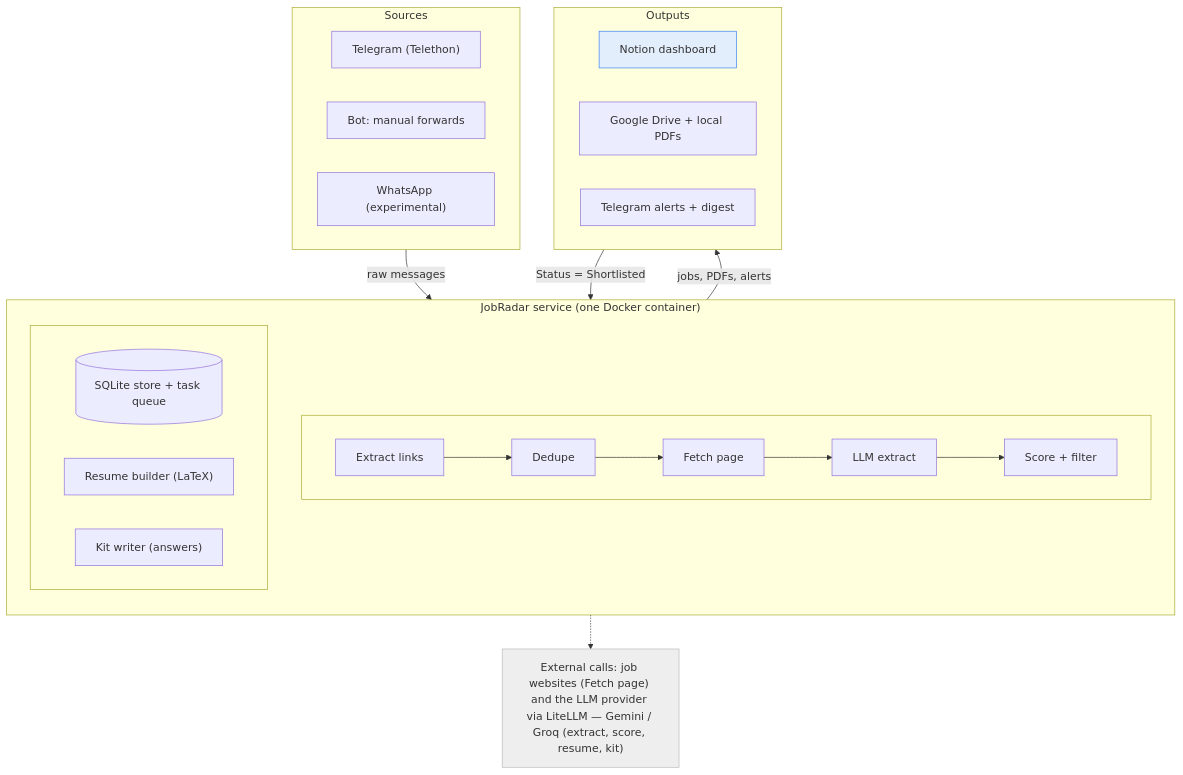
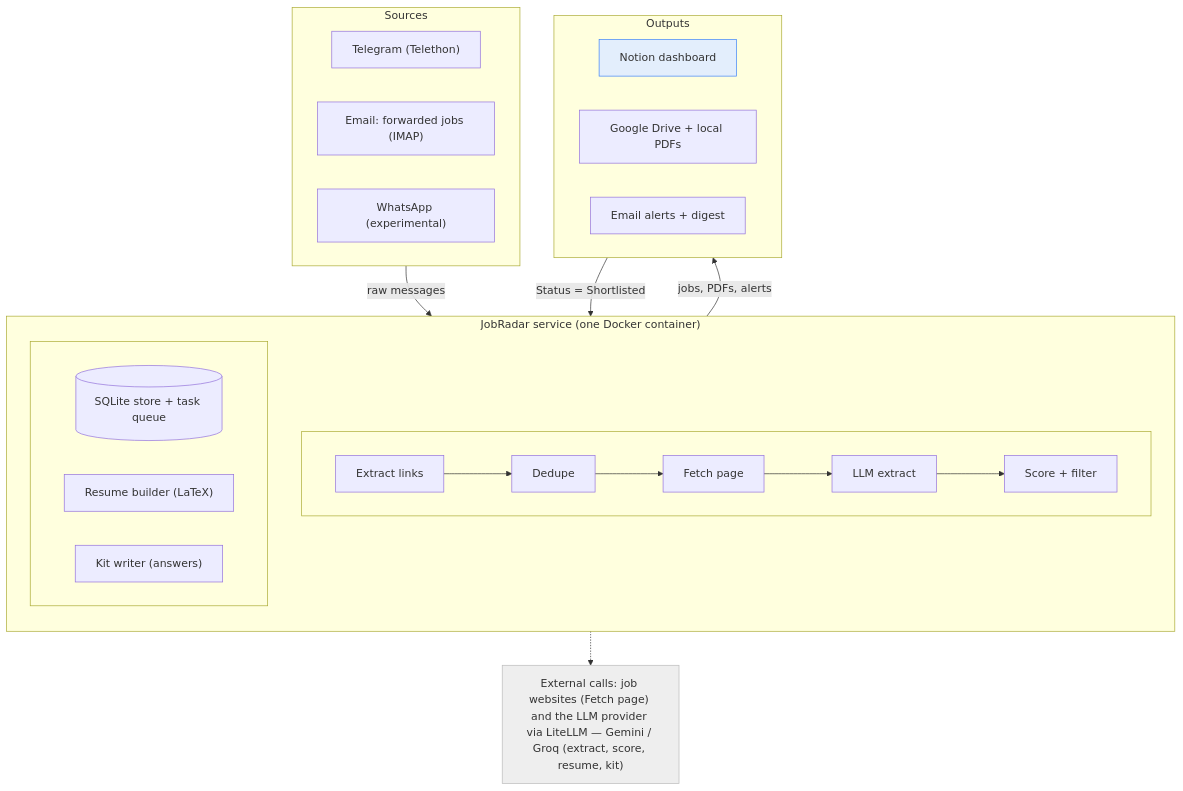
Before and after one commit to ThePlator/JobRadar: the first of 4 diagrams in docs/HLD.md, drawn with Mermaid. The commit also changed other lines of this file and 13 other files, not shown here.

````diff
--- a/docs/HLD.md
+++ b/docs/HLD.md
@@ -15,40 +15,40 @@
 ```mermaid
 flowchart TB
     subgraph Sources
         direction LR
         TG["Telegram (Telethon)"]
-        BOT["Bot: manual forwards"]
+        BOT["Email: forwarded jobs (IMAP)"]
         WA["WhatsApp (experimental)"]
     end
 
     subgraph Service["JobRadar service (one Docker container)"]
         direction TB
         subgraph Pipeline[" "]
             direction LR
             L["Extract links"] --> D["Dedupe"] --> F["Fetch page"] --> X["LLM extract"] --> S["Score + filter"]
         end
         subgraph Core[" "]
             direction LR
             DB[("SQLite store + task queue")]
             RB["Resume builder (LaTeX)"]
             KW["Kit writer (answers)"]
         end
     end
 
     subgraph Outputs
         direction LR
         N["Notion dashboard"]
         G["Google Drive + local PDFs"]
-        A["Telegram alerts + digest"]
+        A["Email alerts + digest"]
     end
 
     EXT["External calls: job websites (Fetch page) and the LLM provider via LiteLLM — Gemini / Groq (extract, score, resume, kit)"]
 
     Sources -- raw messages --> Service
     Service -- "jobs, PDFs, alerts" --> Outputs
     N -- "Status = Shortlisted" --> Service
     Service -.-> EXT
 
     style N fill:#e3eefc,stroke:#3b82f6
     style EXT fill:#eeeeee,stroke:#bbbbbb
 ```
````
